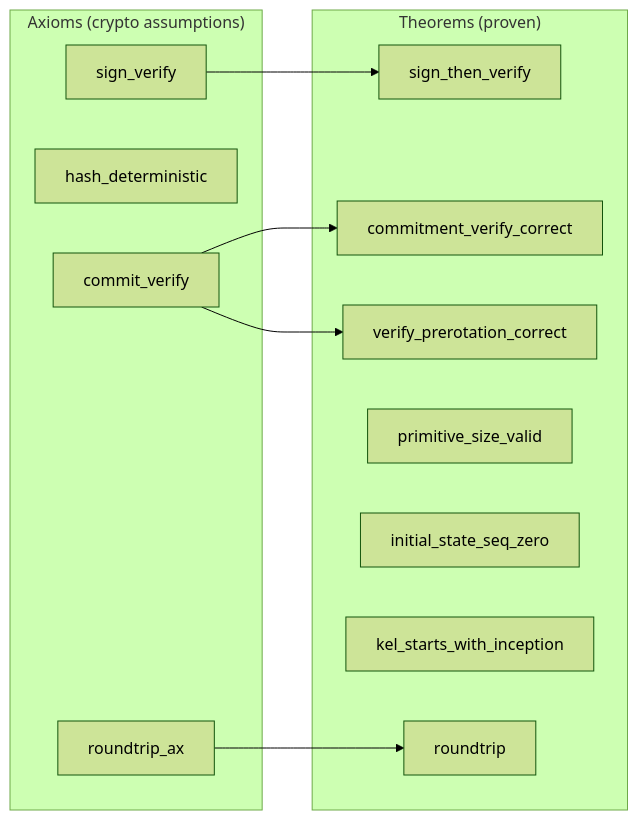
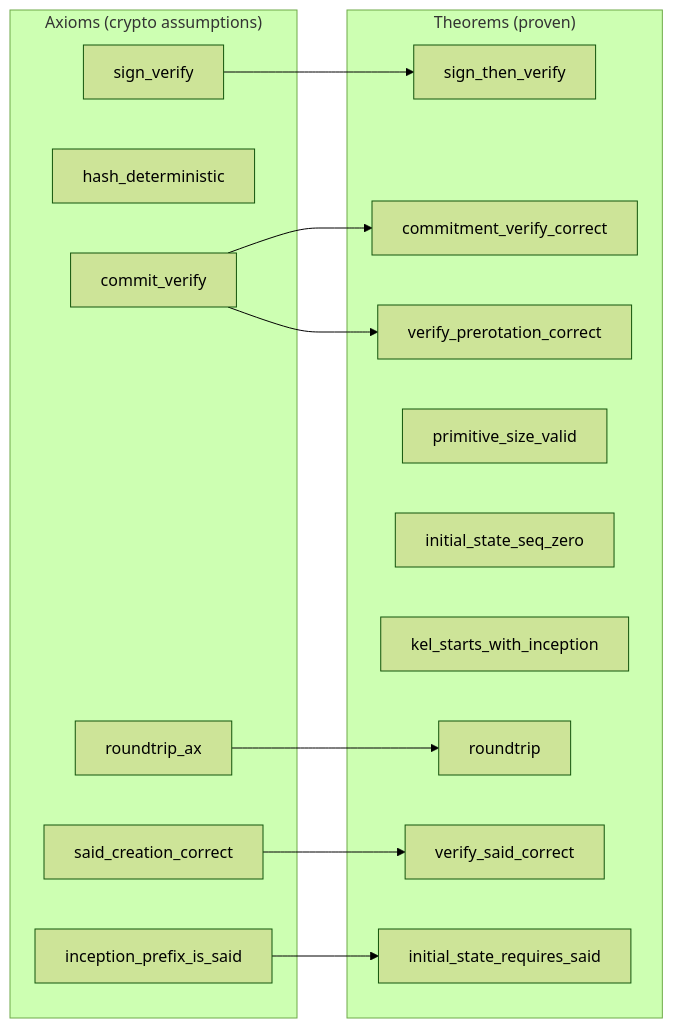
Before and after one commit to paolino/keri-lean: the second of 3 diagrams in docs/invariants/overview.md, drawn with Mermaid (forest theme). The commit also changed other lines of this file and 2 other files, not shown here.

First line of the commit message:
docs: add keri-* roadmap for kelgroups support

````diff
--- a/docs/invariants/overview.md
+++ b/docs/invariants/overview.md
@@ -28,23 +32,29 @@
 ```mermaid
 graph LR
     subgraph Axioms["Axioms (crypto assumptions)"]
         A1[sign_verify]
         A2[hash_deterministic]
         A3[commit_verify]
         A4[roundtrip_ax]
+        A5[said_creation_correct]
+        A6[inception_prefix_is_said]
     end
     subgraph Theorems["Theorems (proven)"]
         T1[sign_then_verify]
         T2[commitment_verify_correct]
         T3[roundtrip]
         T4[primitive_size_valid]
         T5[initial_state_seq_zero]
         T6[kel_starts_with_inception]
         T7[verify_prerotation_correct]
+        T8[verify_said_correct]
+        T9[initial_state_requires_said]
     end
 
     A1 --> T1
     A3 --> T2
     A3 --> T7
     A4 --> T3
+    A5 --> T8
+    A6 --> T9
 ```
````
